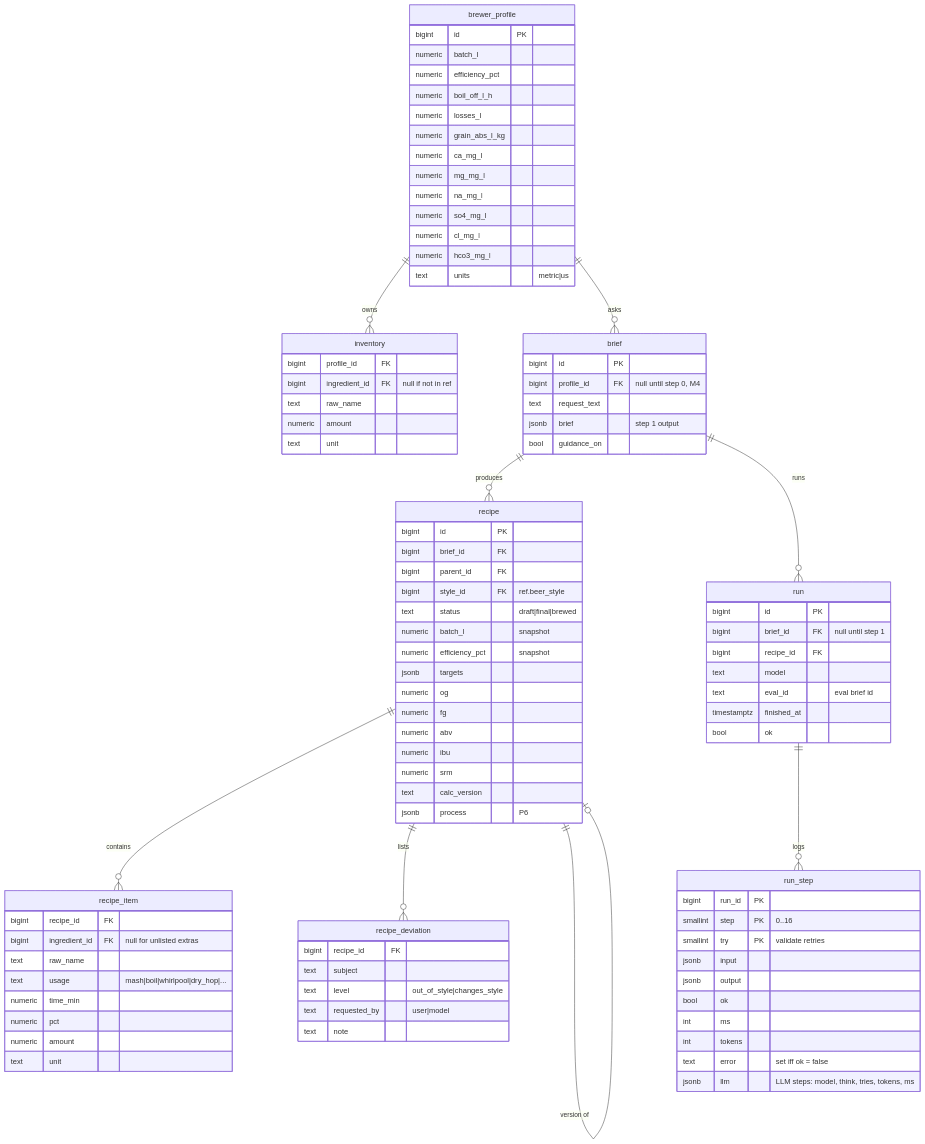
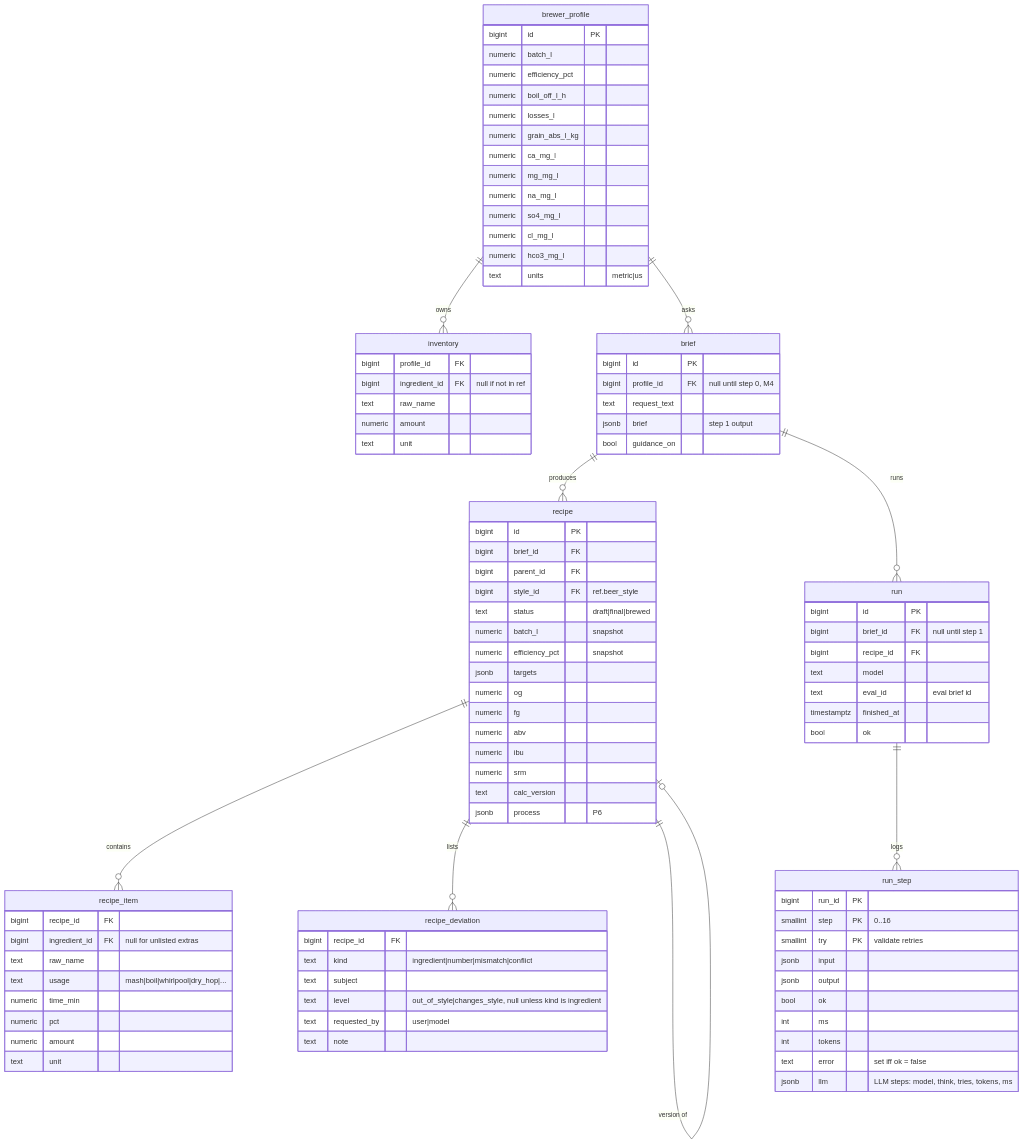
One commit to badacsonyigorenyember/homebrew_ai changed the fourth of 4 diagrams in docs/DATABASE.md. Above: the diagram before and after it, drawn with Mermaid. The commit also changed other lines of this file and 4 other files, not shown here.

```diff
--- a/docs/DATABASE.md
+++ b/docs/DATABASE.md
@@ -401,8 +401,9 @@
     }
     recipe_deviation {
         bigint recipe_id FK
+        text kind "ingredient|number|mismatch|conflict"
         text subject
-        text level "out_of_style|changes_style"
+        text level "out_of_style|changes_style, null unless kind is ingredient"
         text requested_by "user|model"
         text note
     }
```
